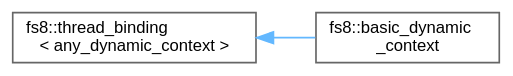
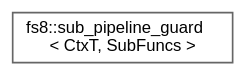
The diagram in api/inherit_graph_117.dot (the-moisrex/foresight), drawn with Graphviz before and after one commit. The commit also changed 181 other files, not shown here.

```diff
--- a/api/inherit_graph_117.dot
+++ b/api/inherit_graph_117.dot
@@ -1,11 +1,9 @@
 digraph "Graphical Class Hierarchy"
 {
  // LATEX_PDF_SIZE
   bgcolor="transparent";
   edge [fontname=Helvetica,fontsize=10,labelfontname=Helvetica,labelfontsize=10];
   node [fontname=Helvetica,fontsize=10,shape=box,height=0.2,width=0.4];
   rankdir="LR";
-  Node0 [id="Node000000",label="fs8::thread_binding\l\< any_dynamic_context \>",height=0.2,width=0.4,color="grey40", fillcolor="white", style="filled",URL="$structfs8_1_1thread__binding.html",tooltip=" "];
-  Node0 -> Node1 [id="edge138_Node000000_Node000001",dir="back",color="steelblue1",style="solid",tooltip=" "];
-  Node1 [id="Node000001",label="fs8::basic_dynamic\l_context",height=0.2,width=0.4,color="grey40", fillcolor="white", style="filled",URL="$structfs8_1_1basic__dynamic__context.html",tooltip=" "];
+  Node0 [id="Node000000",label="fs8::sub_pipeline_guard\l\< CtxT, SubFuncs \>",height=0.2,width=0.4,color="grey40", fillcolor="white", style="filled",URL="$structfs8_1_1sub__pipeline__guard.html",tooltip="RAII guard that enters a sub-pipeline on construction and exits on destruction."];
 }
```
